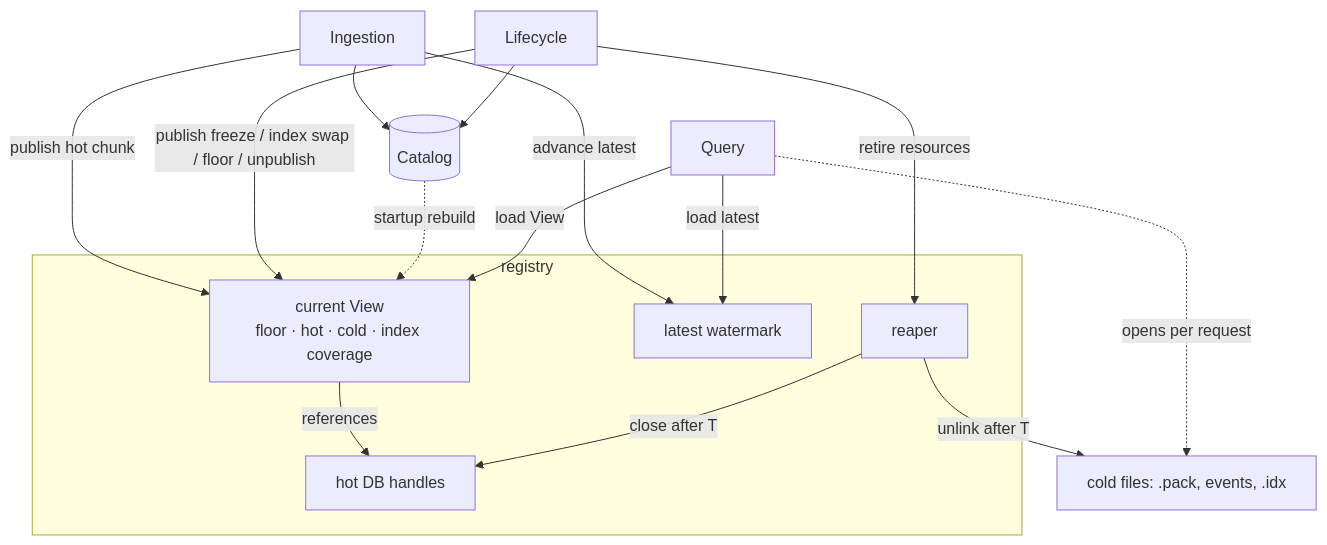
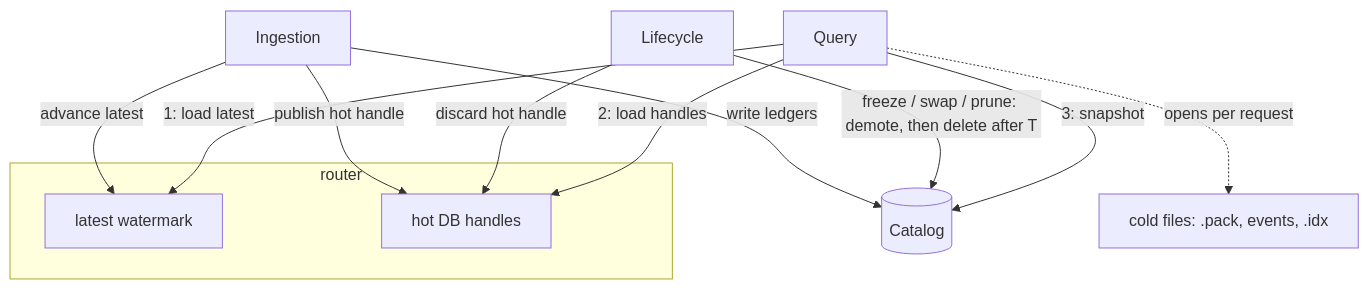
The first of 2 diagrams in design-docs/query-routing-design.md (stellar/stellar-rpc), drawn with Mermaid before and after one commit. The commit also changed other lines of this file, not shown here.

First line of the commit message:
docs(full-history): route from catalog snapshots; fold deletion into the lifecycle

````diff
--- a/design-docs/query-routing-design.md
+++ b/design-docs/query-routing-design.md
@@ -63,27 +63,20 @@
 ```mermaid
 flowchart TB
-    I["Ingestion"] --> CAT
-    L["Lifecycle"] --> CAT
+    I["Ingestion"] -->|"write ledgers"| CAT
+    L["Lifecycle"] -->|"freeze / swap / prune: demote, then delete after T"| CAT
+    I -->|"advance latest"| W
+    I -->|"publish hot handle"| H
+    L -->|"discard hot handle"| H
 
-    I -->|"publish hot chunk"| V
-    I -->|"advance latest"| W
-    L -->|"publish freeze / index swap / floor / unpublish"| V
-    L -->|"retire resources"| REAP
-    CAT[("Catalog")] -.->|"startup rebuild"| V
-
-    subgraph REG["registry"]
-        V["current View<br/>floor · hot · cold · index coverage"]
+    subgraph REG["router"]
         W["latest watermark"]
-        HOT["hot DB handles"]
-        REAP["reaper"]
+        H["hot DB handles"]
     end
 
-    Q["Query"] -->|"load latest"| W
-    Q -->|"load View"| V
+    CAT[("Catalog")]
+
+    Q["Query"] -->|"1: load latest"| W
+    Q -->|"2: load handles"| H
+    Q -->|"3: snapshot"| CAT
     Q -.->|"opens per request"| FILES["cold files: .pack, events, .idx"]
-
-    V -->|"references"| HOT
-
-    REAP -->|"close after T"| HOT
-    REAP -->|"unlink after T"| FILES
 ```
````
